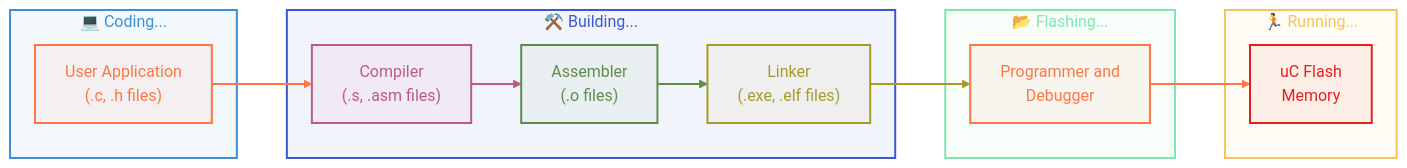
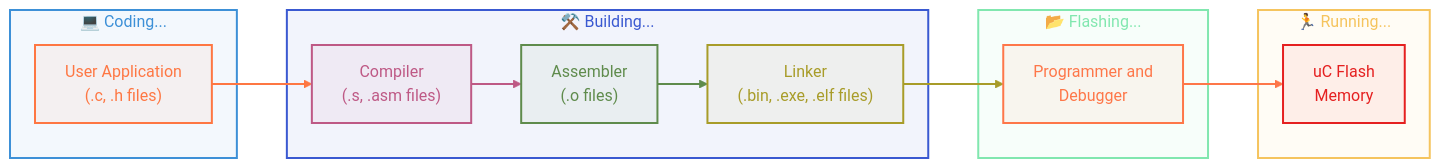
Before and after one commit to Choaib-ELMADI/bare-metal-programming: the diagram in README.md, drawn with Mermaid (neutral theme). The commit also changed other lines of this file and 2 other files, not shown here.

````diff
--- a/README.md
+++ b/README.md
@@ -9,50 +13,50 @@
 ```mermaid
 graph LR
     subgraph Coding...[💻 Coding...]
         User_Application["User Application<br>(.c, .h files)"]
     end
 
     subgraph Building...[⚒️ Building...]
         Compiler --> Assembler["Assembler<br>(.o files)"]
-        Assembler --> Linker["Linker<br>(.exe, .elf files)"]
+        Assembler --> Linker["Linker<br>(.bin, .exe, .elf files)"]
     end
 
     subgraph Flashing...[📂 Flashing...]
         Programmer_and_Debugger[Programmer and<br>Debugger]
         Linker --> Programmer_and_Debugger
     end
 
     subgraph Running...[🏃 Running...]
         Programmer_and_Debugger --> Flash[uC Flash<br>Memory]
     end
 
     User_Application --> Compiler["Compiler<br>(.s, .asm files)"]
 
     class Coding... coding
     class User_Application user_app;
     class Building... building;
     class Compiler compiler;
     class Assembler assembler;
     class Linker linker;
     class Flashing... flashing;
     class Programmer_and_Debugger p_and_d;
     class Running... running;
     class Flash flash;
 
     classDef coding fill:#3D90D710,stroke:#3D90D7,stroke-width:2px,color:#3D90D7;
     classDef user_app fill:#FE774310,stroke:#FE7743,stroke-width:2px,color:#FE7743;
     classDef building fill:#3A59D110,stroke:#3A59D1,stroke-width:2px,color:#3A59D1;
     classDef compiler fill:#BE598510,stroke:#BE5985,stroke-width:2px,color:#BE5985;
     classDef assembler fill:#5F8B4C10,stroke:#5F8B4C,stroke-width:2px,color:#5F8B4C;
     classDef linker fill:#A89C2910,stroke:#A89C29,stroke-width:2px,color:#A89C29;
     classDef flashing fill:#81E7AF10,stroke:#81E7AF,stroke-width:2px,color:#81E7AF;
     classDef p_and_d fill:#FE774910,stroke:#FE7749,stroke-width:2px,color:#FE7749;
     classDef running fill:#F5C45E10,stroke:#F5C45E,stroke-width:2px,color:#F5C45E;
     classDef flash fill:#E5202010,stroke:#E52020,stroke-width:2px,color:#E52020;
 
     linkStyle 4 stroke:#FE7743,stroke-width:2px;
     linkStyle 0 stroke:#BE5985,stroke-width:2px;
     linkStyle 1 stroke:#5F8B4C,stroke-width:2px;
     linkStyle 2 stroke:#A89C29,stroke-width:2px;
     linkStyle 3 stroke:#FE7749,stroke-width:2px;
 ```
````
